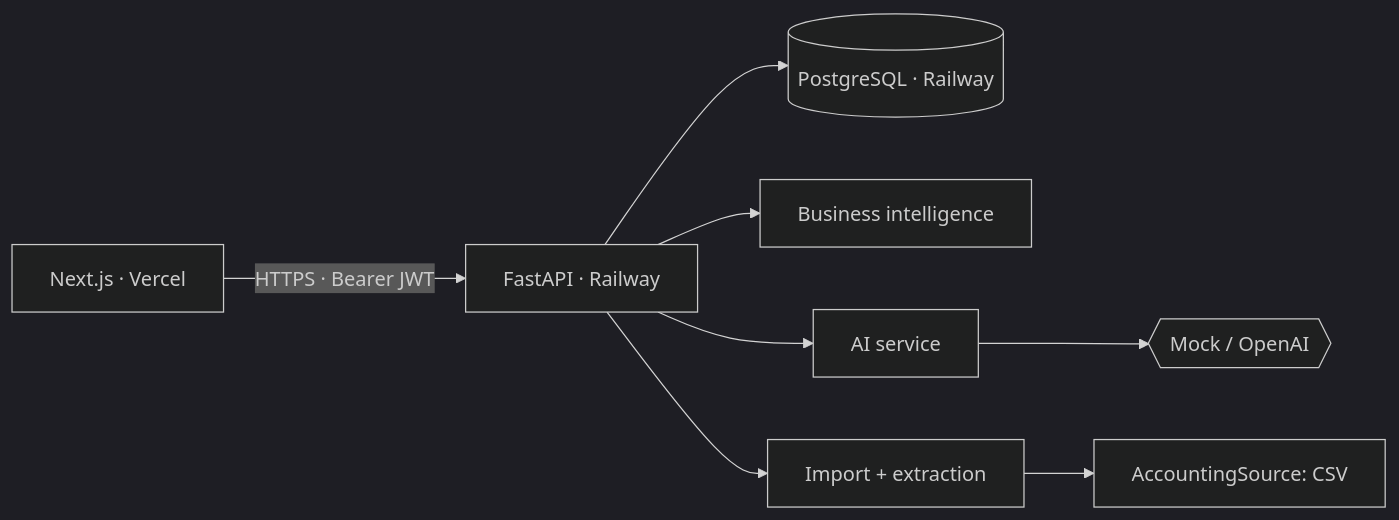
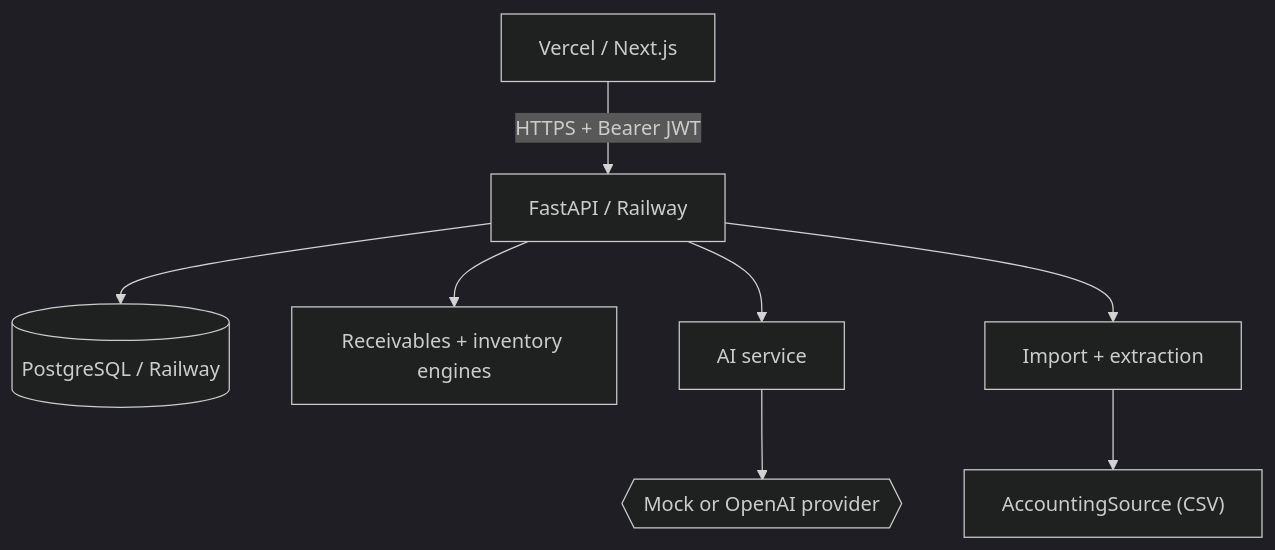
Before and after one commit to HarshitaSobhani/vyapaarOS: the diagram in README.md, drawn with Mermaid (dark theme). The commit also changed other lines of this file and 17 other files, not shown here.

````diff
--- a/README.md
+++ b/README.md
@@ -34,8 +45,8 @@
 ```mermaid
-flowchart LR
-  FE[Next.js · Vercel] -->|HTTPS · Bearer JWT| API[FastAPI · Railway]
-  API --> DB[(PostgreSQL · Railway)]
-  API --> BI[Business intelligence]
-  API --> AI[AI service] --> P{{Mock / OpenAI}}
-  API --> IMP[Import + extraction] --> SRC[AccountingSource: CSV]
+flowchart TD
+  FE["Vercel / Next.js"] -->|"HTTPS + Bearer JWT"| API["FastAPI / Railway"]
+  API --> DB[("PostgreSQL / Railway")]
+  API --> BI["Receivables + inventory engines"]
+  API --> AI["AI service"] --> P{{"Mock or OpenAI provider"}}
+  API --> IMP["Import + extraction"] --> SRC["AccountingSource (CSV)"]
 ```
````
